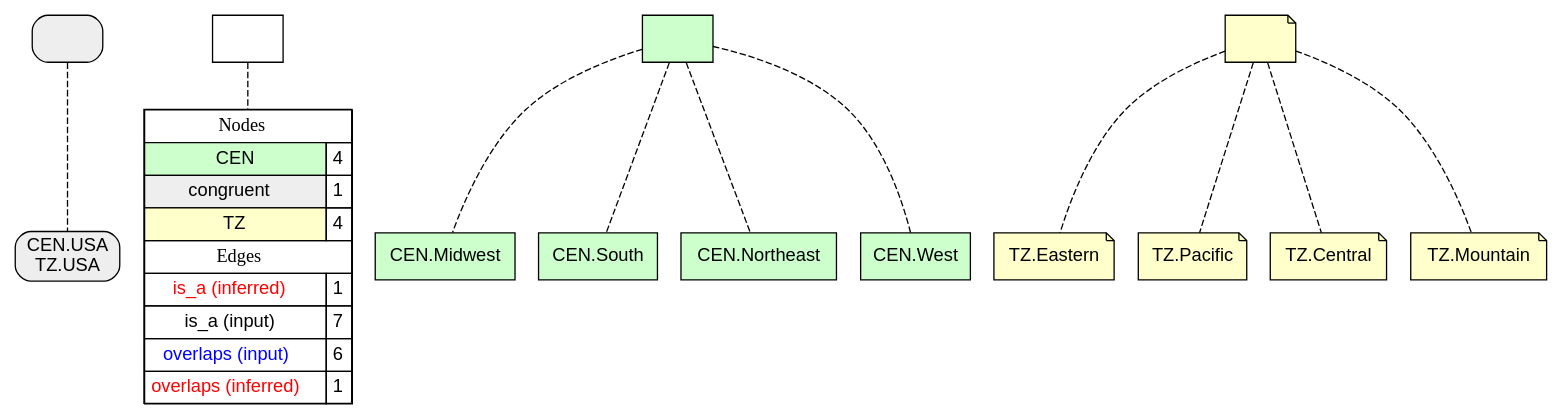
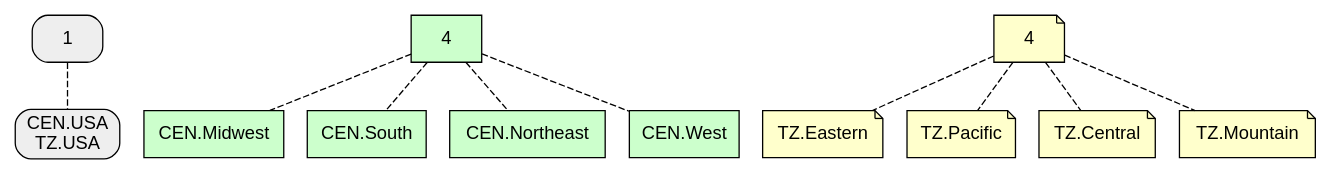
The diagram in example/regional_nodes.dot (qwang70/GraphVizDotToDatabaseParsing), drawn with Graphviz before and after one commit. The commit also changed 26 other files, not shown here.

```diff
--- a/example/regional_nodes.dot
+++ b/example/regional_nodes.dot
@@ -1,59 +1,27 @@
 
     graph{
     rankdir=TB
     edge [style=dashed]
-    n0 [fontname="helvetica", fillcolor="#EEEEEE", style="filled,rounded", shape=box, label=""];
-n1 [fontname="helvetica", fillcolor="#EEEEEE", style="filled,rounded", shape=box, label="CEN.USA\nTZ.USA"];
+    n0 [style="filled,rounded", fontname="helvetica", shape=box, fillcolor="#EEEEEE", label=1];
+n1 [style="filled,rounded", fontname="helvetica", shape=box, fillcolor="#EEEEEE", label="CEN.USA\nTZ.USA"];
 n0 -- n1;
-n2 [style=filled, fontname="helvetica", fillcolor=white, margin=0, shape=box, label=""];
-n3 [style=filled, fontname="helvetica", fillcolor=white, margin=0, shape=box, label=< 
- <TABLE BORDER="0" CELLBORDER="1" CELLSPACING="0" CELLPADDING="4"> 
-<TR> <TD COLSPAN="2"><font face="Arial Black"> Nodes</font></TD> </TR> 
-<TR> 
- <TD bgcolor="#CCFFCC" fontname="helvetica">CEN</TD> 
- <TD>4</TD> 
- </TR> 
-<TR> 
- <TD bgcolor="#EEEEEE" fontname="helvetica">congruent</TD> 
- <TD>1</TD> 
- </TR> 
-<TR> 
- <TD bgcolor="#FFFFCC" fontname="helvetica">TZ</TD> 
- <TD>4</TD> 
- </TR> 
-<TR> <TD COLSPAN="2"><font face = "Arial Black"> Edges </font></TD> </TR> 
-<TR> 
- <TD><font color ="#FF0000">is_a (inferred)</font></TD><TD>1</TD>
-</TR>
-<TR> 
- <TD><font color ="#000000">is_a (input)</font></TD><TD>7</TD>
-</TR>
-<TR> 
- <TD><font color ="#0000FF">overlaps (input)</font></TD><TD>6</TD>
-</TR>
-<TR> 
- <TD><font color ="#FF0000">overlaps (inferred)</font></TD><TD>1</TD>
-</TR>
-</TABLE> 
- >];
+n2 [fillcolor="#CCFFCC", fontname="helvetica", shape=box, style=filled, label=4];
+n3 [fillcolor="#CCFFCC", fontname="helvetica", shape=box, style=filled, label="CEN.Midwest"];
 n2 -- n3;
-n4 [style=filled, fontname="helvetica", fillcolor="#CCFFCC", shape=box, label=""];
-n5 [style=filled, fontname="helvetica", fillcolor="#CCFFCC", shape=box, label="CEN.Midwest"];
-n4 -- n5;
-n6 [style=filled, fontname="helvetica", fillcolor="#CCFFCC", shape=box, label="CEN.South"];
-n4 -- n6;
-n7 [style=filled, fontname="helvetica", fillcolor="#CCFFCC", shape=box, label="CEN.Northeast"];
-n4 -- n7;
-n8 [style=filled, fontname="helvetica", fillcolor="#CCFFCC", shape=box, label="CEN.West"];
-n4 -- n8;
-n9 [style=filled, fontname="helvetica", shape=note, fillcolor="#FFFFCC", label=""];
-n10 [style=filled, fontname="helvetica", shape=note, fillcolor="#FFFFCC", label="TZ.Eastern"];
-n9 -- n10;
-n11 [style=filled, fontname="helvetica", shape=note, fillcolor="#FFFFCC", label="TZ.Pacific"];
-n9 -- n11;
-n12 [style=filled, fontname="helvetica", shape=note, fillcolor="#FFFFCC", label="TZ.Central"];
-n9 -- n12;
-n13 [style=filled, fontname="helvetica", shape=note, fillcolor="#FFFFCC", label="TZ.Mountain"];
-n9 -- n13;
+n4 [fillcolor="#CCFFCC", fontname="helvetica", shape=box, style=filled, label="CEN.South"];
+n2 -- n4;
+n5 [fillcolor="#CCFFCC", fontname="helvetica", shape=box, style=filled, label="CEN.Northeast"];
+n2 -- n5;
+n6 [fillcolor="#CCFFCC", fontname="helvetica", shape=box, style=filled, label="CEN.West"];
+n2 -- n6;
+n7 [shape=note, fontname="helvetica", style=filled, fillcolor="#FFFFCC", label=4];
+n8 [shape=note, fontname="helvetica", style=filled, fillcolor="#FFFFCC", label="TZ.Eastern"];
+n7 -- n8;
+n9 [shape=note, fontname="helvetica", style=filled, fillcolor="#FFFFCC", label="TZ.Pacific"];
+n7 -- n9;
+n10 [shape=note, fontname="helvetica", style=filled, fillcolor="#FFFFCC", label="TZ.Central"];
+n7 -- n10;
+n11 [shape=note, fontname="helvetica", style=filled, fillcolor="#FFFFCC", label="TZ.Mountain"];
+n7 -- n11;
 
     }
```
